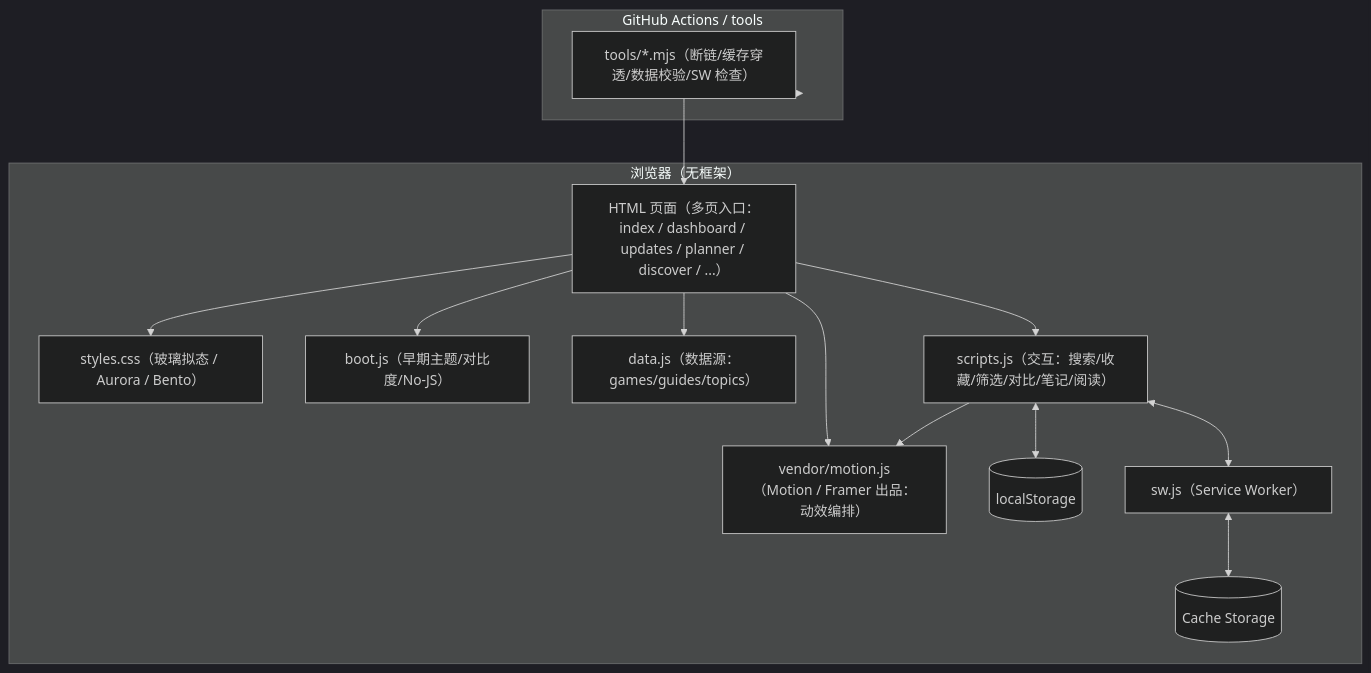
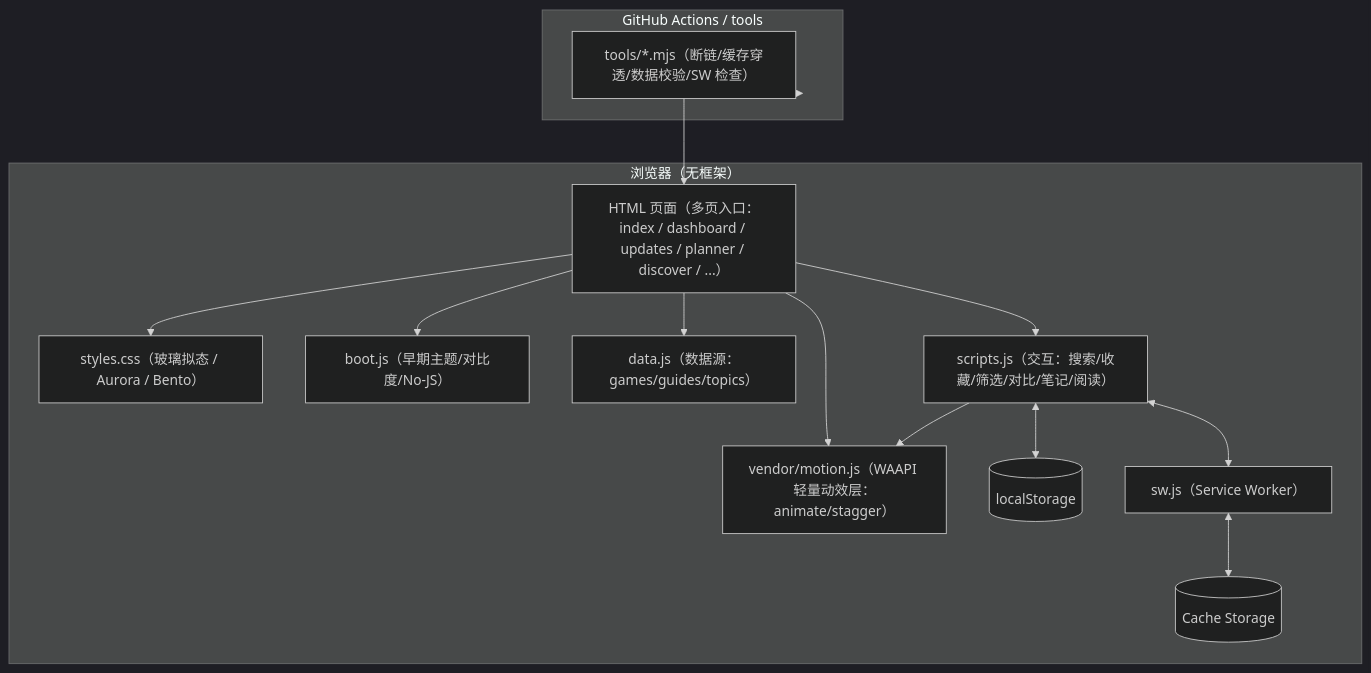
Before and after one commit to TUR1412/GameKnowledge-Base: the diagram in README.md, drawn with Mermaid (dark theme). The commit also changed other lines of this file and 26 other files, not shown here.

Commit message:
R7: slim motion vendor + bump v20251222-6

````diff
--- a/README.md
+++ b/README.md
@@ -81,32 +81,32 @@
 ```mermaid
 flowchart TB
   subgraph Browser[浏览器（无框架）]
     H[HTML 页面（多页入口：index / dashboard / updates / planner / discover / ...）]
     CSS[styles.css（玻璃拟态 / Aurora / Bento）]
     Boot[boot.js（早期主题/对比度/No-JS）]
     Data[data.js（数据源：games/guides/topics）]
     App[scripts.js（交互：搜索/收藏/筛选/对比/笔记/阅读）]
-    Motion[vendor/motion.js（Motion / Framer 出品：动效编排）]
+    Motion[vendor/motion.js（WAAPI 轻量动效层：animate/stagger）]
     LS[(localStorage)]
     SW[sw.js（Service Worker）]
     Cache[(Cache Storage)]
   end
 
   subgraph CI[GitHub Actions / tools]
     Tools[tools/*.mjs（断链/缓存穿透/数据校验/SW 检查）]
   end
 
   H --> CSS
   H --> Boot
   H --> Data
   H --> App
   H --> Motion
   App --> Motion
 
   App <--> LS
   App <--> SW
   SW <--> Cache
 
   CI --> Tools
   Tools --> H
 ```
````
